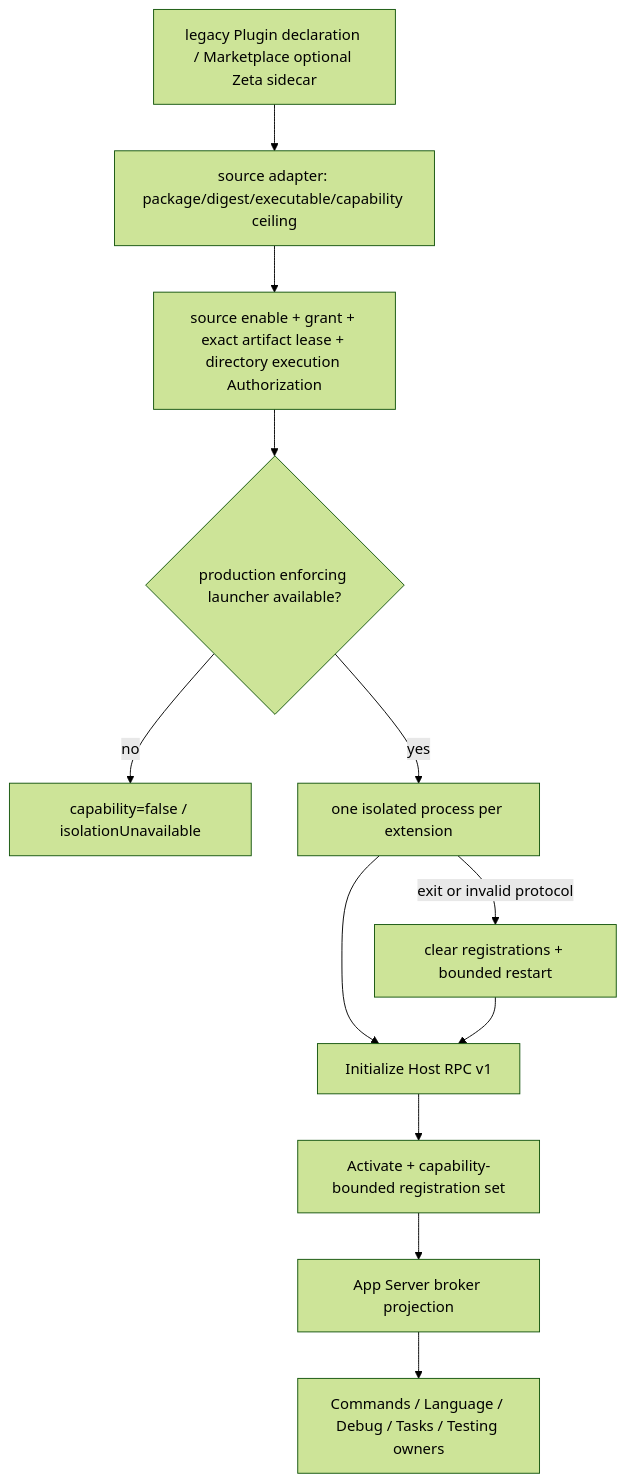
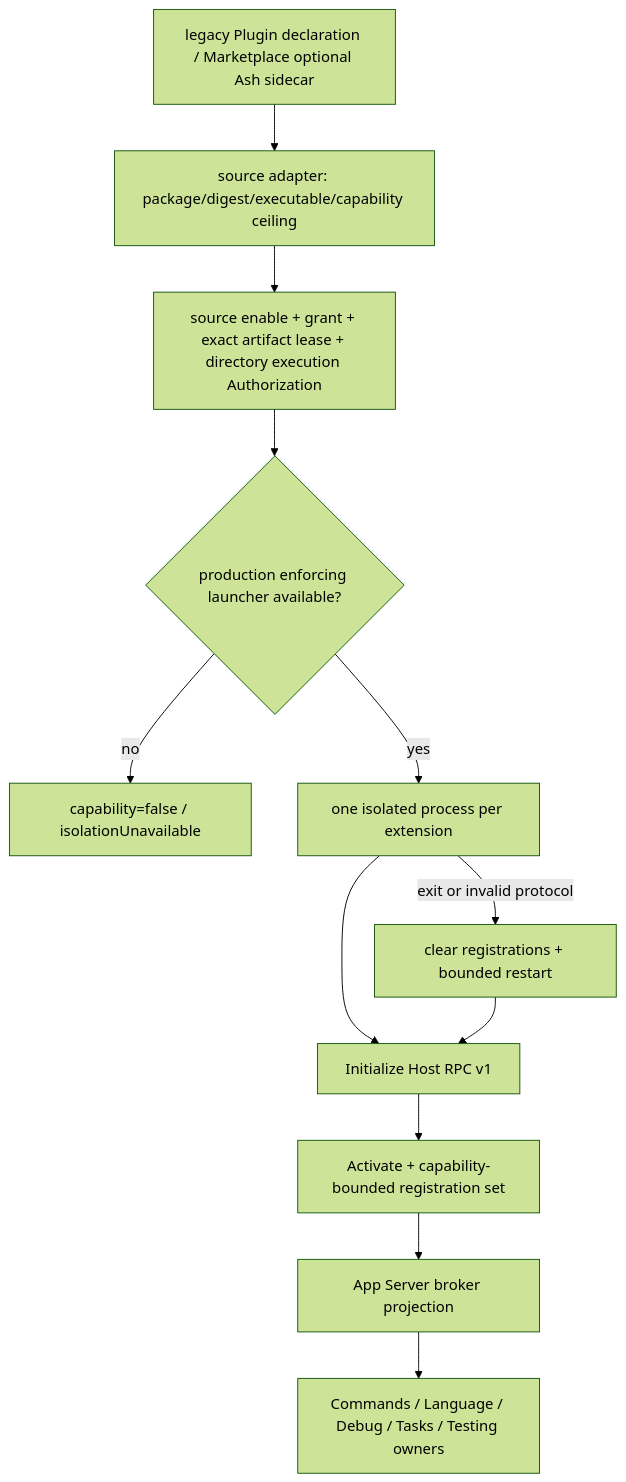
The second of 2 diagrams in docs/editor-extensions.md (chogng/zeta), drawn with Mermaid (forest theme) before and after one commit. The commit also changed other lines of this file and 7718 other files, not shown here.

Commit message:
refactor: rename zeta to ash

````diff
--- a/docs/editor-extensions.md
+++ b/docs/editor-extensions.md
@@ -79,14 +79,14 @@
 ```mermaid
 flowchart TD
-    manifest["legacy Plugin declaration / Marketplace optional Zeta sidecar"] --> validate["source adapter: package/digest/executable/capability ceiling"]
+    manifest["legacy Plugin declaration / Marketplace optional Ash sidecar"] --> validate["source adapter: package/digest/executable/capability ceiling"]
     validate --> authority["source enable + grant + exact artifact lease + directory execution Authorization"]
     authority --> launcher{"production enforcing launcher available?"}
     launcher -->|no| unavailable["capability=false / isolationUnavailable"]
     launcher -->|yes| process["one isolated process per extension"]
     process --> handshake["Initialize Host RPC v1"]
     handshake --> activate["Activate + capability-bounded registration set"]
     activate --> broker["App Server broker projection"]
     broker --> domains["Commands / Language / Debug / Tasks / Testing owners"]
     process -->|exit or invalid protocol| recovery["clear registrations + bounded restart"]
     recovery --> handshake
 ```
````
